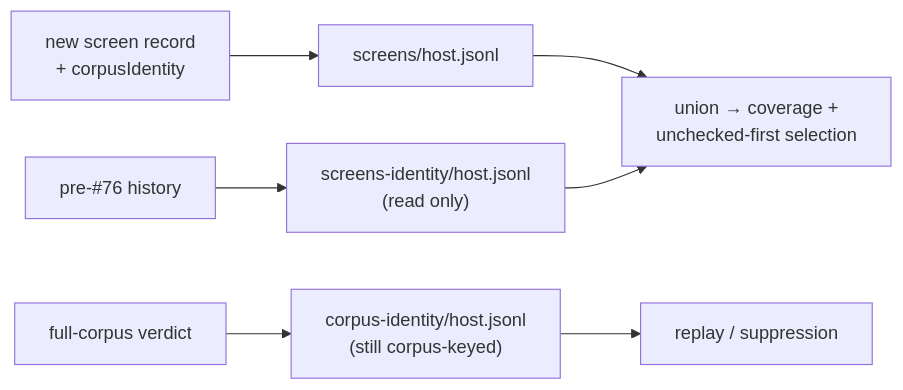
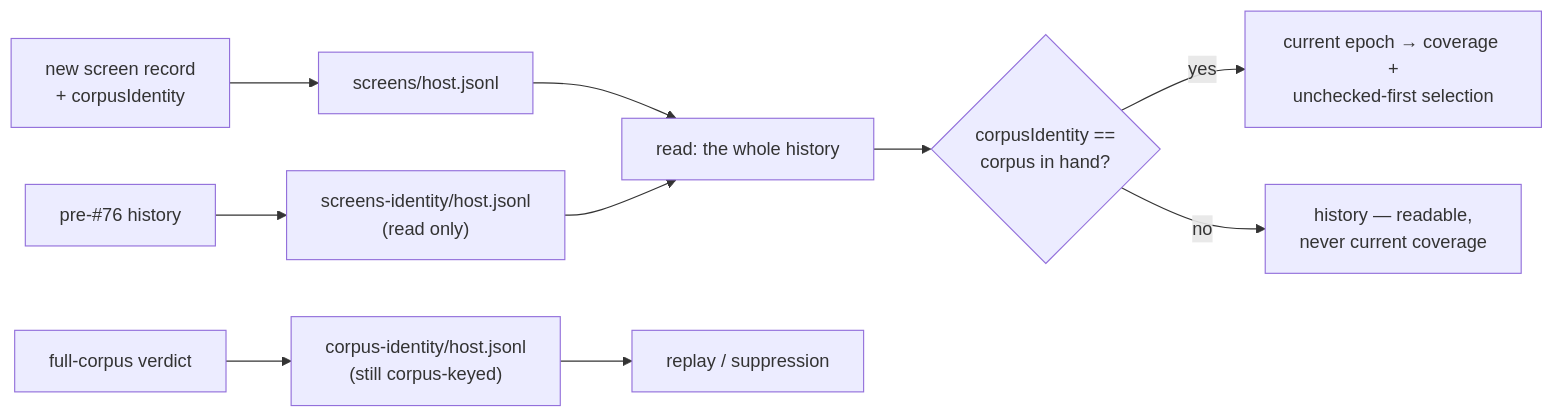
One commit to stSoftwareAU/NEAT-AI-Ockham changed the fourth of 11 diagrams in README.md. Above: the diagram before and after it, drawn with Mermaid. The commit also changed other lines of this file and 9 other files, not shown here.

Commit message:
Reset screening coverage when the training corpus changes (Issue #100) (#111)

````diff
--- a/README.md
+++ b/README.md
@@ -430,9 +479,12 @@
 ```mermaid
 flowchart LR
     N["new screen record<br/>+ corpusIdentity"] --> S["screens/host.jsonl"]
     L["pre-#76 history"] --> O["screens-identity/host.jsonl<br/>(read only)"]
-    S --> U["union → coverage +<br/>unchecked-first selection"]
+    S --> U["read: the whole history"]
     O --> U
+    U --> E{"corpusIdentity ==<br/>corpus in hand?"}
+    E -->|yes| A["current epoch → coverage +<br/>unchecked-first selection"]
+    E -->|no| H["history — readable,<br/>never current coverage"]
     V["full-corpus verdict"] --> C["corpus-identity/host.jsonl<br/>(still corpus-keyed)"]
     C --> P["replay / suppression"]
 ```
````
